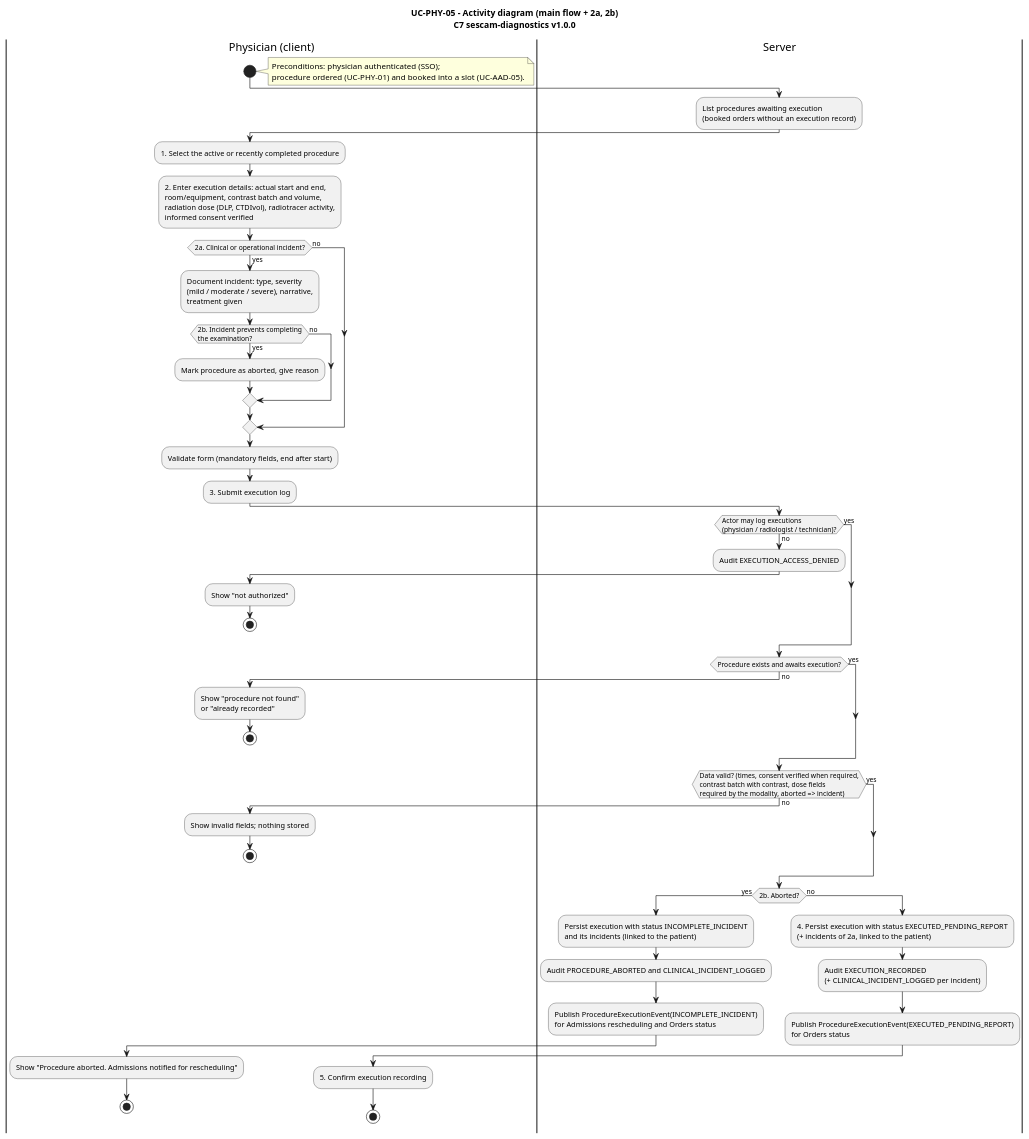
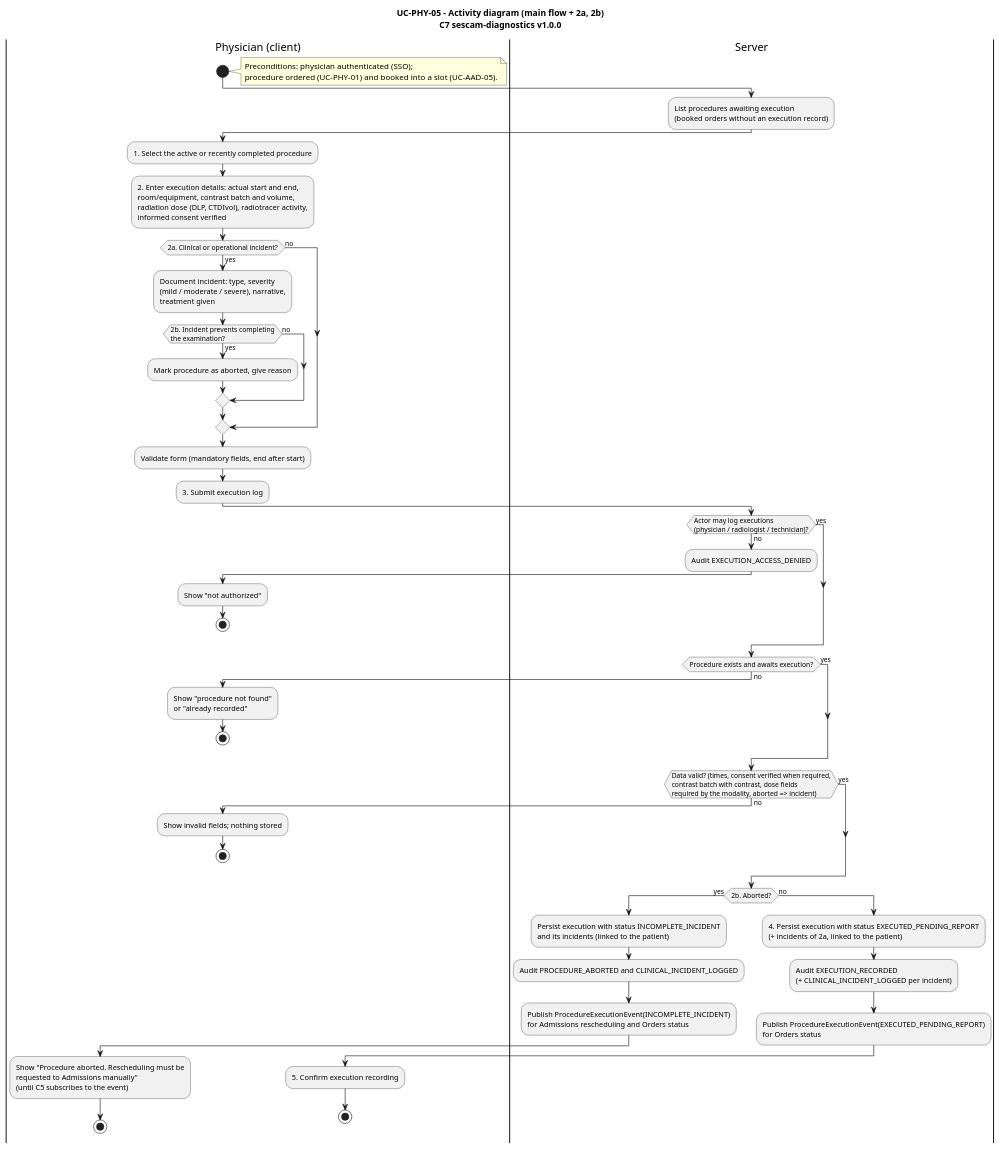
One commit to paticama/ISO26-ISO2-A1.01 changed the diagram in docs/diagrams/UC-PHY-05/uc-phy-05-activity.puml. Above: the diagram before and after it, drawn with PlantUML. The commit also changed 3 other files, not shown here.

```diff
--- a/docs/diagrams/UC-PHY-05/uc-phy-05-activity.puml
+++ b/docs/diagrams/UC-PHY-05/uc-phy-05-activity.puml
@@ -1,66 +1,68 @@
 @startuml uc-phy-05-activity
 title UC-PHY-05 – Activity diagram (main flow + 2a, 2b)\nC7 sescam-diagnostics v1.0.0
 skinparam shadowing false
 
 |Physician (client)|
 start
 note right
   Preconditions: physician authenticated (SSO);
   procedure ordered (UC-PHY-01) and booked into a slot (UC-AAD-05).
 end note
 |Server|
 :List procedures awaiting execution\n(booked orders without an execution record);
 |Physician (client)|
 :1. Select the active or recently completed procedure;
 :2. Enter execution details: actual start and end,\nroom/equipment, contrast batch and volume,\nradiation dose (DLP, CTDIvol), radiotracer activity,\ninformed consent verified;
 if (2a. Clinical or operational incident?) then (yes)
   :Document incident: type, severity\n(mild / moderate / severe), narrative,\ntreatment given;
   if (2b. Incident prevents completing\nthe examination?) then (yes)
     :Mark procedure as aborted, give reason;
   else (no)
   endif
 else (no)
 endif
 :Validate form (mandatory fields, end after start);
 :3. Submit execution log;
 
 |Server|
 if (Actor may log executions\n(physician / radiologist / technician)?) then (no)
   :Audit EXECUTION_ACCESS_DENIED;
   |Physician (client)|
   :Show "not authorized";
   stop
 else (yes)
 endif
 |Server|
 if (Procedure exists and awaits execution?) then (no)
   |Physician (client)|
   :Show "procedure not found"\nor "already recorded";
   stop
 else (yes)
 endif
 |Server|
 if (Data valid? (times, consent verified when required,\ncontrast batch with contrast, dose fields\nrequired by the modality, aborted => incident)) then (no)
   |Physician (client)|
   :Show invalid fields; nothing stored;
   stop
 else (yes)
 endif
 |Server|
 if (2b. Aborted?) then (yes)
   :Persist execution with status INCOMPLETE_INCIDENT\nand its incidents (linked to the patient);
   :Audit PROCEDURE_ABORTED and CLINICAL_INCIDENT_LOGGED;
   :Publish ProcedureExecutionEvent(INCOMPLETE_INCIDENT)\nfor Admissions rescheduling and Orders status;
   |Physician (client)|
-  :Show "Procedure aborted. Admissions notified for rescheduling";
+  :Show "Procedure aborted. Rescheduling must be
+  requested to Admissions manually"
+  (until C5 subscribes to the event);
   stop
 else (no)
   |Server|
   :4. Persist execution with status EXECUTED_PENDING_REPORT\n(+ incidents of 2a, linked to the patient);
   :Audit EXECUTION_RECORDED\n(+ CLINICAL_INCIDENT_LOGGED per incident);
   :Publish ProcedureExecutionEvent(EXECUTED_PENDING_REPORT)\nfor Orders status;
   |Physician (client)|
   :5. Confirm execution recording;
   stop
 endif
 @enduml
```
